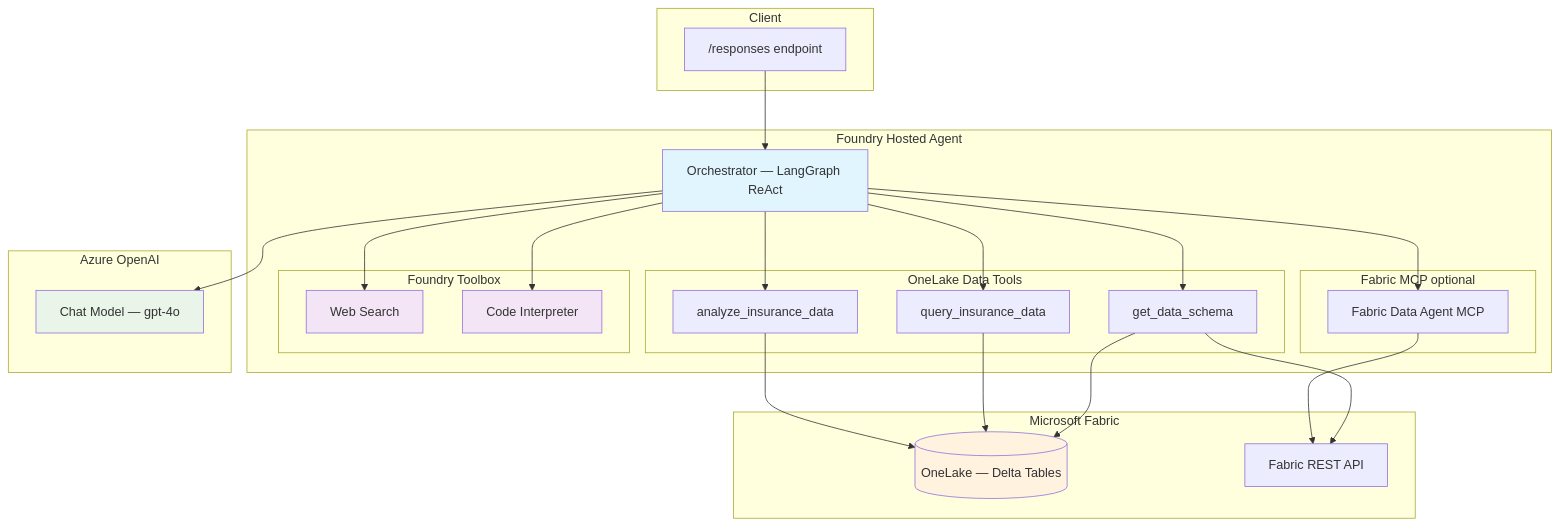
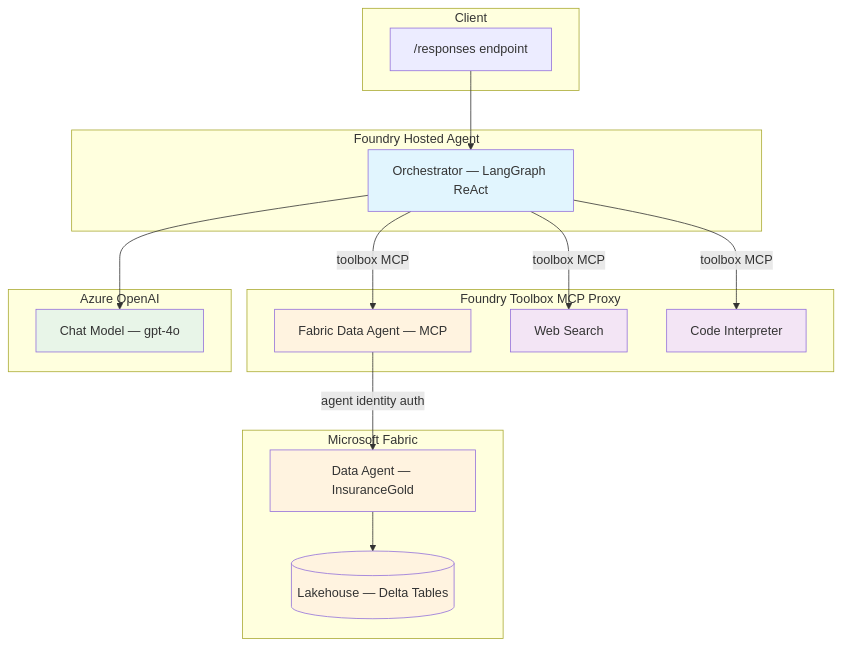
One commit to Ritaja/foundry-langgraph-toolbox changed the diagram in README.md. Above: the diagram before and after it, drawn with Mermaid. The commit also changed other lines of this file and 8 other files, not shown here.

First line of the commit message:
Use Fabric Data Agent as toolbox MCP tool with UserEntraToken auth

````diff
--- a/README.md
+++ b/README.md
@@ -18,51 +17,41 @@
 ```mermaid
 graph TB
     subgraph "Client"
         API["/responses endpoint"]
     end
 
     subgraph "Foundry Hosted Agent"
         ORCH[Orchestrator — LangGraph ReAct]
-        subgraph "OneLake Data Tools"
-            SCHEMA[get_data_schema]
-            QUERY[query_insurance_data]
-            ANALYZE[analyze_insurance_data]
-        end
-        subgraph "Fabric MCP optional"
-            FABRIC_MCP[Fabric Data Agent MCP]
-        end
-        subgraph "Foundry Toolbox"
-            WEB[Web Search]
-            CODE[Code Interpreter]
-        end
+    end
+
+    subgraph "Foundry Toolbox MCP Proxy"
+        FABRIC[Fabric Data Agent — MCP]
+        WEB[Web Search]
+        CODE[Code Interpreter]
     end
 
     subgraph "Microsoft Fabric"
-        ONELAKE[(OneLake — Delta Tables)]
-        FABRIC_API[Fabric REST API]
+        DA[Data Agent — InsuranceGold]
+        LAKEHOUSE[(Lakehouse — Delta Tables)]
     end
 
     subgraph "Azure OpenAI"
         LLM[Chat Model — gpt-4o]
     end
 
     API --> ORCH
-    ORCH --> SCHEMA
-    ORCH --> QUERY
-    ORCH --> ANALYZE
-    ORCH --> FABRIC_MCP
-    ORCH --> WEB
-    ORCH --> CODE
-    SCHEMA --> FABRIC_API
-    SCHEMA --> ONELAKE
-    QUERY --> ONELAKE
-    ANALYZE --> ONELAKE
-    FABRIC_MCP --> FABRIC_API
+    ORCH -->|toolbox MCP| FABRIC
+    ORCH -->|toolbox MCP| WEB
+    ORCH -->|toolbox MCP| CODE
+    FABRIC -->|agent identity auth| DA
+    DA --> LAKEHOUSE
     ORCH --> LLM
 
     style ORCH fill:#e1f5fe
-    style ONELAKE fill:#fff3e0
+    style FABRIC fill:#fff3e0
+    style DA fill:#fff3e0
+    style LAKEHOUSE fill:#fff3e0
     style LLM fill:#e8f5e8
     style WEB fill:#f3e5f5
     style CODE fill:#f3e5f5
 ```
````
